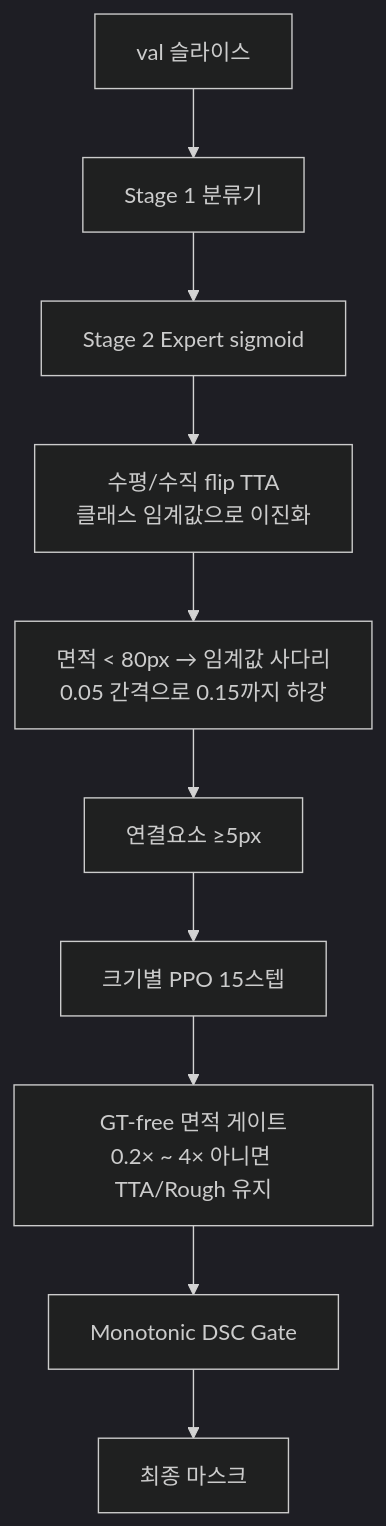
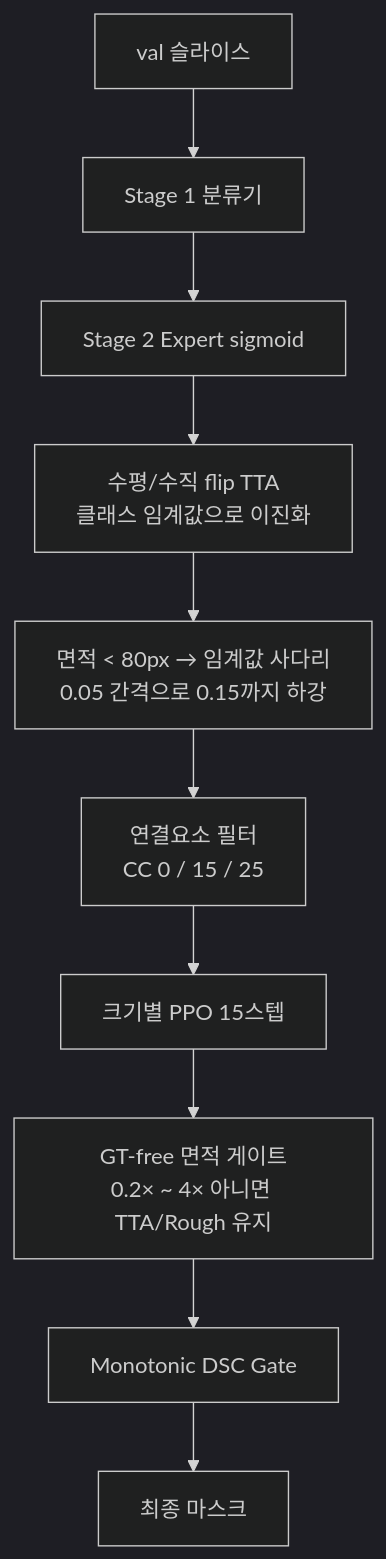
The second of 2 diagrams in docs/PIPELINE.md (aninsung/2026-summer-Interdepartmental-Academic-Conference), drawn with Mermaid (dark theme) before and after one commit. The commit also changed other lines of this file and 39 other files, not shown here.

````diff
--- a/docs/PIPELINE.md
+++ b/docs/PIPELINE.md
@@ -296,12 +300,12 @@
 ```mermaid
 flowchart TD
     IN["val 슬라이스"] --> CLS["Stage 1 분류기"]
     CLS --> EXP["Stage 2 Expert sigmoid"]
     EXP --> TTA["수평/수직 flip TTA<br/>클래스 임계값으로 이진화"]
     TTA --> MICRO["면적 &lt; 80px → 임계값 사다리<br/>0.05 간격으로 0.15까지 하강"]
-    MICRO --> COMP["연결요소 ≥5px"]
+    MICRO --> COMP["연결요소 필터<br/>CC 0 / 15 / 25"]
     COMP --> PPO["크기별 PPO 15스텝"]
     PPO --> AREA["GT-free 면적 게이트<br/>0.2× ~ 4× 아니면 TTA/Rough 유지"]
     AREA --> GATE["Monotonic DSC Gate"]
     GATE --> OUT["최종 마스크"]
 ```
````
